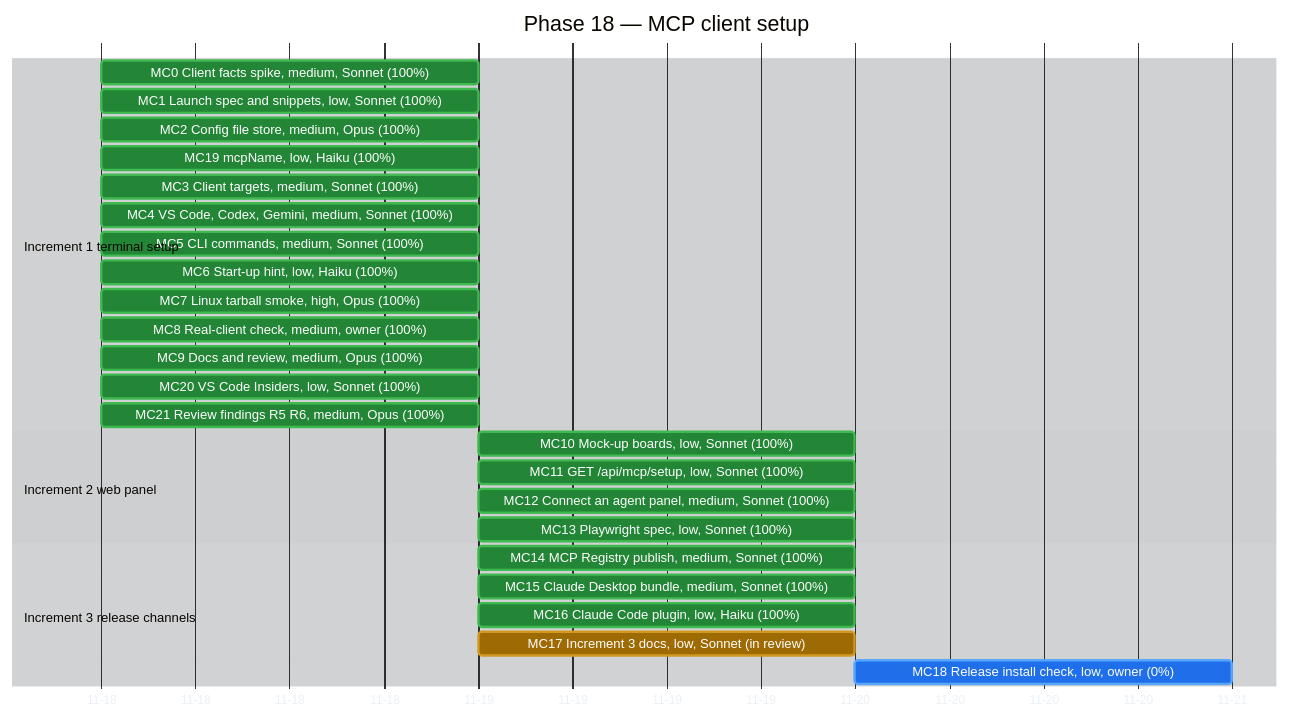
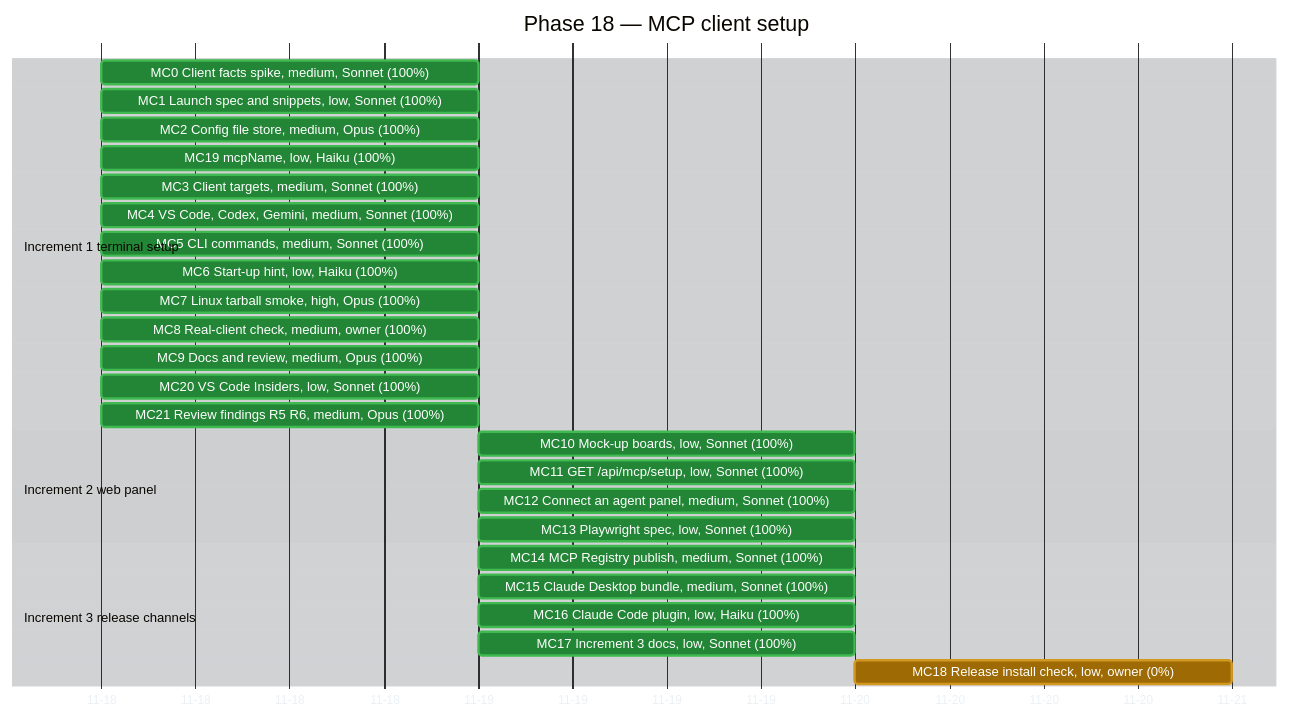
One commit to raulkivi/agent-cost-analyzer changed the sixth of 7 diagrams in docs/implementation-plan-gantt.md. Above: the diagram before and after it, drawn with Mermaid. The commit also changed other lines of this file and 2 other files, not shown here.

Commit message:
Phase 18 status: MC17 done (21 of 22)

````diff
--- a/docs/implementation-plan-gantt.md
+++ b/docs/implementation-plan-gantt.md
@@ -407,62 +407,62 @@
 ```mermaid
 %%{init: {
   "theme": "base",
   "themeVariables": {
     "darkMode": true,
     "background": "#0d1117",
     "textColor": "#e6edf3",
     "primaryTextColor": "#e6edf3",
     "lineColor": "#8b949e",
     "sectionBkgColor": "#161b22",
     "sectionBkgColor2": "#1c2129",
     "altSectionBkgColor": "#0d1117",
     "gridColor": "#30363d",
     "excludeBkgColor": "#161b22",
     "todayLineColor": "#f85149",
     "taskBkgColor": "#1f6feb",
     "taskBorderColor": "#58a6ff",
     "taskTextColor": "#ffffff",
     "taskTextLightColor": "#ffffff",
     "taskTextDarkColor": "#ffffff",
     "taskTextOutsideColor": "#e6edf3",
     "doneTaskBkgColor": "#238636",
     "doneTaskBorderColor": "#3fb950",
     "activeTaskBkgColor": "#9e6a03",
     "activeTaskBorderColor": "#d29922",
     "critBkgColor": "#da3633",
     "critBorderColor": "#f85149"
   }
 }}%%
 gantt
     title Phase 18 — MCP client setup
     dateFormat YYYY-MM-DD
     axisFormat %m-%d
 
     section Increment 1 terminal setup
     MC0 Client facts spike, medium, Sonnet (100%)       :done, mc0, 2026-11-18, 1d
     MC1 Launch spec and snippets, low, Sonnet (100%)    :done, mc1, 2026-11-18, 1d
     MC2 Config file store, medium, Opus (100%)          :done, mc2, 2026-11-18, 1d
     MC19 mcpName, low, Haiku (100%)                     :done, mc19, 2026-11-18, 1d
     MC3 Client targets, medium, Sonnet (100%)           :done, mc3, 2026-11-18, 1d
     MC4 VS Code, Codex, Gemini, medium, Sonnet (100%)   :done, mc4, 2026-11-18, 1d
     MC5 CLI commands, medium, Sonnet (100%)             :done, mc5, 2026-11-18, 1d
     MC6 Start-up hint, low, Haiku (100%)                :done, mc6, 2026-11-18, 1d
     MC7 Linux tarball smoke, high, Opus (100%)          :done, mc7, 2026-11-18, 1d
     MC8 Real-client check, medium, owner (100%)         :done, mc8, 2026-11-18, 1d
     MC9 Docs and review, medium, Opus (100%)            :done, mc9, 2026-11-18, 1d
     MC20 VS Code Insiders, low, Sonnet (100%)           :done, mc20, 2026-11-18, 1d
     MC21 Review findings R5 R6, medium, Opus (100%)     :done, mc21, 2026-11-18, 1d
 
     section Increment 2 web panel
     MC10 Mock-up boards, low, Sonnet (100%)             :done, mc10, 2026-11-19, 1d
     MC11 GET /api/mcp/setup, low, Sonnet (100%)         :done, mc11, 2026-11-19, 1d
     MC12 Connect an agent panel, medium, Sonnet (100%)  :done, mc12, 2026-11-19, 1d
     MC13 Playwright spec, low, Sonnet (100%)            :done, mc13, 2026-11-19, 1d
 
     section Increment 3 release channels
     MC14 MCP Registry publish, medium, Sonnet (100%)    :done, mc14, 2026-11-19, 1d
     MC15 Claude Desktop bundle, medium, Sonnet (100%)   :done, mc15, 2026-11-19, 1d
     MC16 Claude Code plugin, low, Haiku (100%)          :done, mc16, 2026-11-19, 1d
-    MC17 Increment 3 docs, low, Sonnet (in review)      :active, mc17, 2026-11-19, 1d
-    MC18 Release install check, low, owner (0%)         :mc18, after mc17, 1d
+    MC17 Increment 3 docs, low, Sonnet (100%)          :done, mc17, 2026-11-19, 1d
+    MC18 Release install check, low, owner (0%)         :active, mc18, after mc17, 1d
 ```
````
